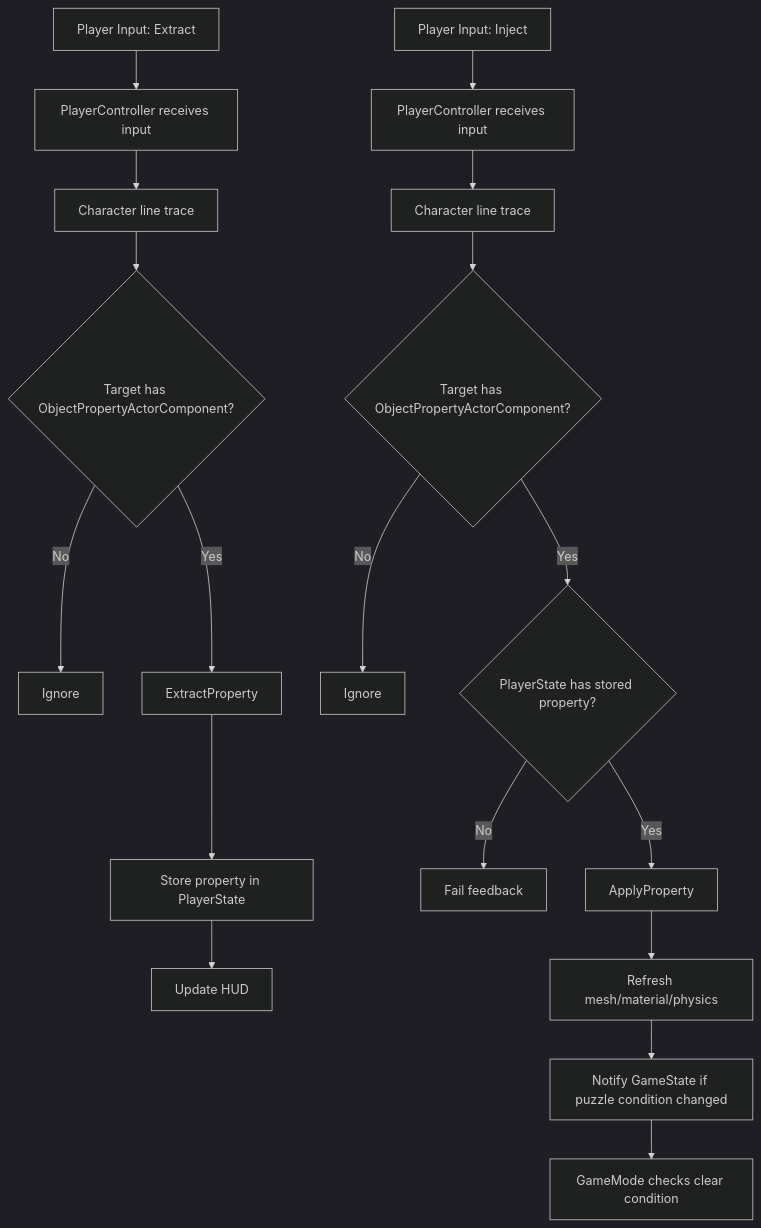
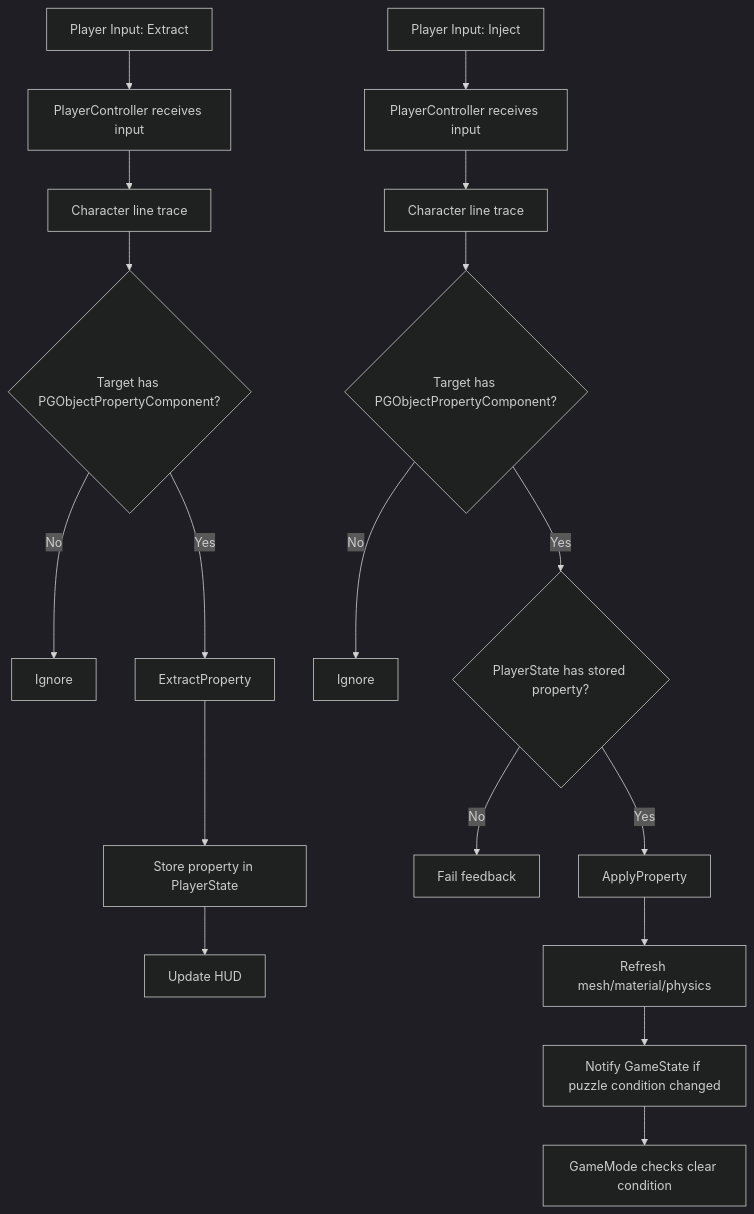
Before and after one commit to DJKIM2002/nbc-platformer-puzzle: the second of 2 diagrams in Docs/architecture-plan.md, drawn with Mermaid (dark theme). The commit also changed other lines of this file and 31 other files, not shown here.

````diff
--- a/Docs/architecture-plan.md
+++ b/Docs/architecture-plan.md
@@ -94,21 +94,21 @@
 ```mermaid
 flowchart TD
     A[Player Input: Extract] --> B[PlayerController receives input]
     B --> C[Character line trace]
-    C --> D{Target has ObjectPropertyActorComponent?}
+    C --> D{Target has PGObjectPropertyComponent?}
     D -- No --> E[Ignore]
     D -- Yes --> F[ExtractProperty]
     F --> G[Store property in PlayerState]
     G --> H[Update HUD]
 
     I[Player Input: Inject] --> J[PlayerController receives input]
     J --> K[Character line trace]
-    K --> L{Target has ObjectPropertyActorComponent?}
+    K --> L{Target has PGObjectPropertyComponent?}
     L -- No --> M[Ignore]
     L -- Yes --> N{PlayerState has stored property?}
     N -- No --> O[Fail feedback]
     N -- Yes --> P[ApplyProperty]
     P --> Q[Refresh mesh/material/physics]
     Q --> R[Notify GameState if puzzle condition changed]
     R --> S[GameMode checks clear condition]
 ```
````
